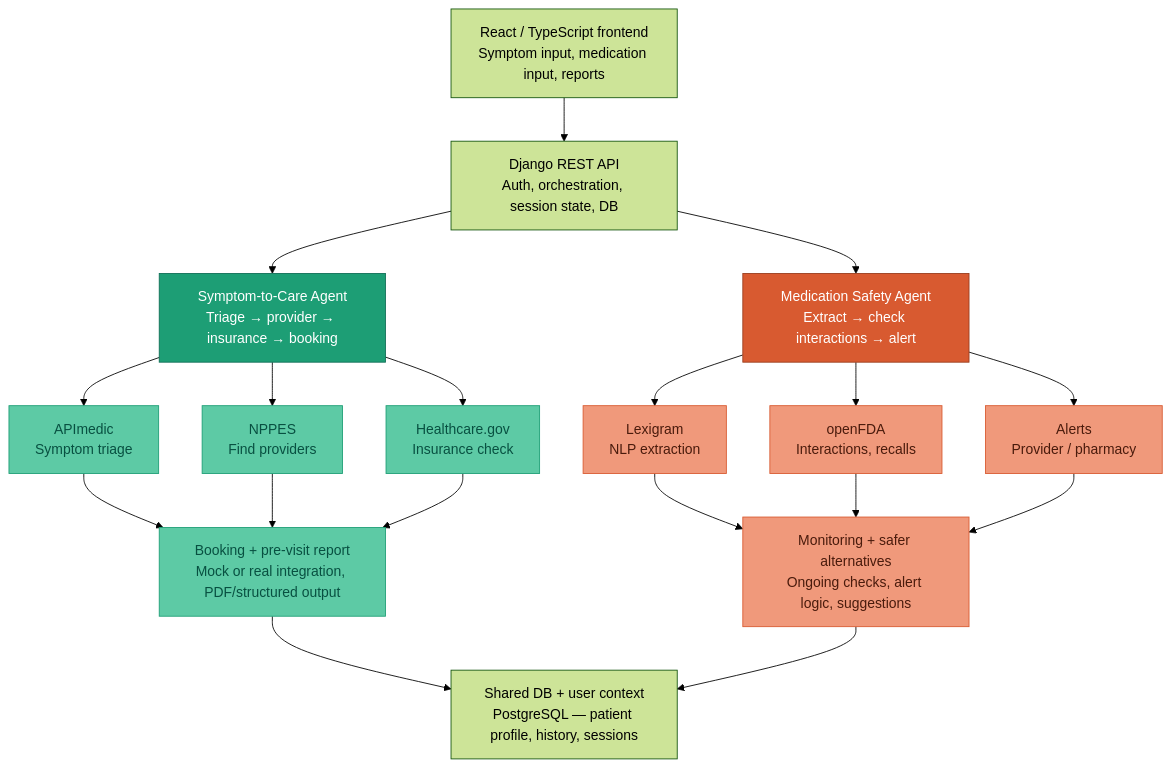
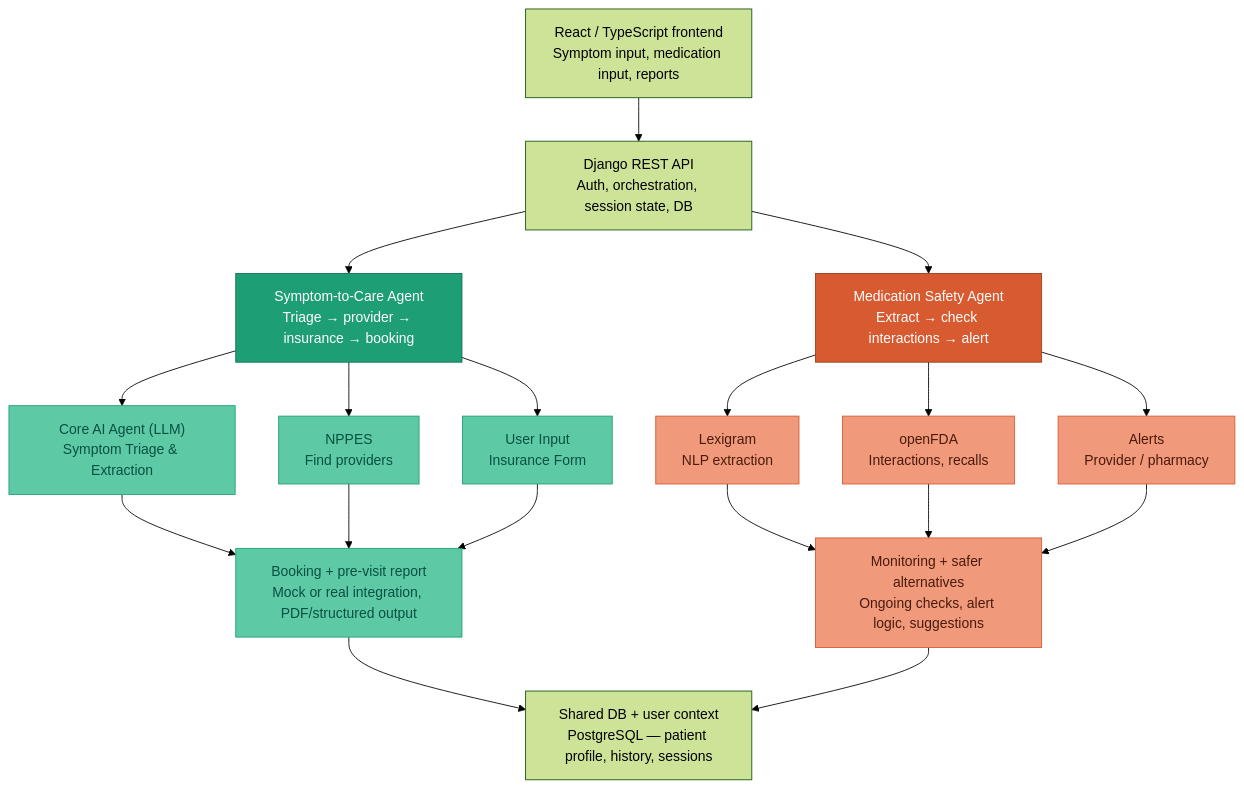
One commit to HealthAgentO1/HealthAgent changed the diagram in docs/architecture.md. Above: the diagram before and after it, drawn with Mermaid (forest theme). The commit also changed 3 other files, not shown here.

Commit message:
refactor: replace APImedic with a core LLM agent for symptom triage and update documentation to reflect manual insurance entry.

````diff
--- a/docs/architecture.md
+++ b/docs/architecture.md
@@ -3,37 +3,37 @@
 ```mermaid
 flowchart TD
     FE["React / TypeScript frontend\nSymptom input, medication input, reports"]
     API["Django REST API\nAuth, orchestration, session state, DB"]
 
     FE --> API
 
     API --> S1["Symptom-to-Care Agent\nTriage → provider → insurance → booking"]
     API --> S2["Medication Safety Agent\nExtract → check interactions → alert"]
 
-    S1 --> A1["APImedic\nSymptom triage"]
+    S1 --> A1["Core AI Agent (LLM)\nSymptom Triage & Extraction"]
     S1 --> A2["NPPES\nFind providers"]
-    S1 --> A3["Healthcare.gov\nInsurance check"]
+    S1 --> A3["User Input\nInsurance Form"]
 
     A1 & A2 & A3 --> B1["Booking + pre-visit report\nMock or real integration, PDF/structured output"]
 
     S2 --> B2["Lexigram\nNLP extraction"]
     S2 --> B3["openFDA\nInteractions, recalls"]
     S2 --> B4["Alerts\nProvider / pharmacy"]
 
     B2 & B3 & B4 --> C1["Monitoring + safer alternatives\nOngoing checks, alert logic, suggestions"]
 
     B1 --> DB["Shared DB + user context\nPostgreSQL — patient profile, history, sessions"]
     C1 --> DB
 
     style S1 fill:#1D9E75,color:#fff,stroke:#0F6E56
     style A1 fill:#5DCAA5,color:#085041,stroke:#1D9E75
     style A2 fill:#5DCAA5,color:#085041,stroke:#1D9E75
     style A3 fill:#5DCAA5,color:#085041,stroke:#1D9E75
     style B1 fill:#5DCAA5,color:#085041,stroke:#1D9E75
 
     style S2 fill:#D85A30,color:#fff,stroke:#993C1D
     style B2 fill:#F0997B,color:#4A1B0C,stroke:#D85A30
     style B3 fill:#F0997B,color:#4A1B0C,stroke:#D85A30
     style B4 fill:#F0997B,color:#4A1B0C,stroke:#D85A30
     style C1 fill:#F0997B,color:#4A1B0C,stroke:#D85A30
 ```
````
